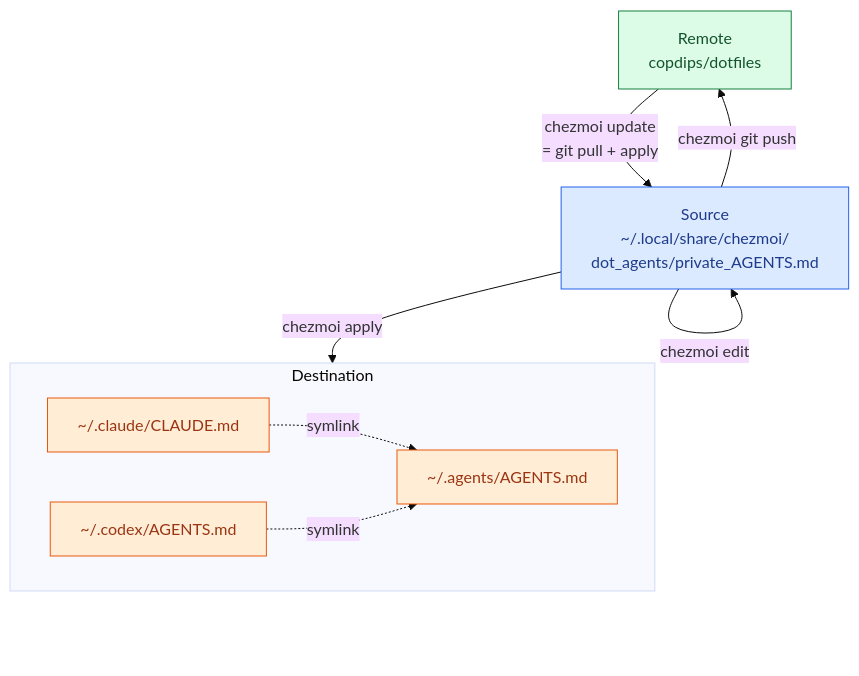
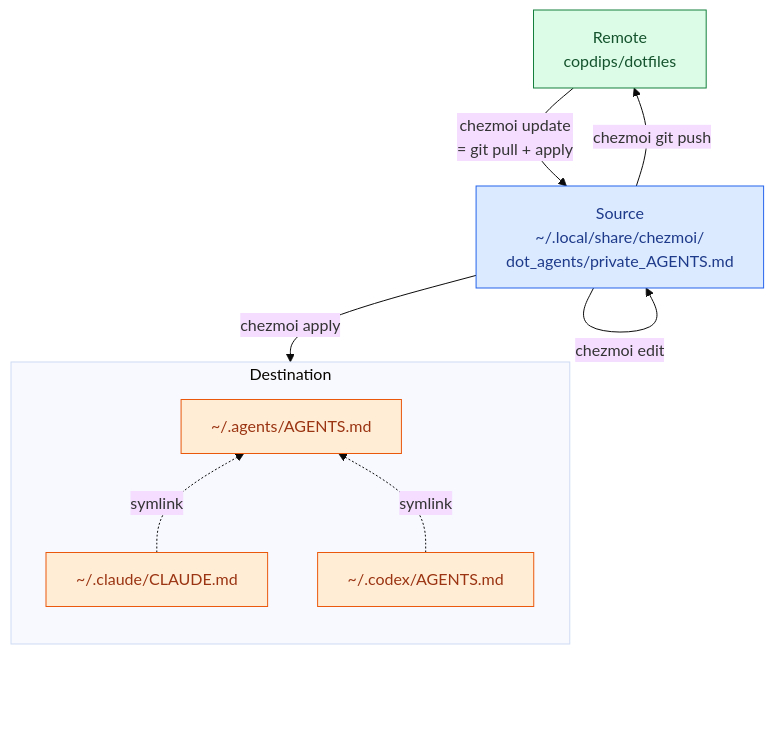
Before and after one commit to copdips/copdips.github.io: the diagram in docs/posts/2026/2026-11-08-chezmoi-workflow.md, drawn with Mermaid (base theme). The commit also changed other lines of this file, not shown here.

````diff
--- a/docs/posts/2026/2026-11-08-chezmoi-workflow.md
+++ b/docs/posts/2026/2026-11-08-chezmoi-workflow.md
@@ -28,26 +26,27 @@
 ```mermaid
+%%{init: {"flowchart": {"wrappingWidth": 400}}}%%
 flowchart TD
     Remote["Remote<br/>copdips/dotfiles"]
     Source["Source<br/>~/.local/share/chezmoi/<br/>dot_agents/private_AGENTS.md"]
 
     subgraph Destination["Destination"]
-        direction LR
+        direction BT
         Agents["~/.agents/AGENTS.md"]
         Claude["~/.claude/CLAUDE.md"]
         Codex["~/.codex/AGENTS.md"]
         Claude -. "symlink" .-> Agents
         Codex -. "symlink" .-> Agents
     end
 
     Source -- "chezmoi git push" --> Remote
     Remote -- "chezmoi update<br/>= git pull + apply" --> Source
     Source -- "chezmoi edit" --> Source
     Source -- "chezmoi apply" --> Destination
 
     classDef entry fill:#dcfce7,stroke:#15803d,color:#14532d,stroke-width:1px;
     classDef state fill:#dbeafe,stroke:#2563eb,color:#1e3a8a,stroke-width:1px;
     classDef dest fill:#ffedd5,stroke:#ea580c,color:#9a3412,stroke-width:1px;
     class Remote entry;
     class Source state;
     class Agents,Claude,Codex dest;
 ```
````
